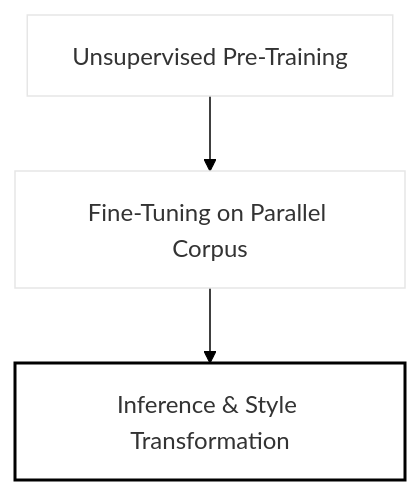
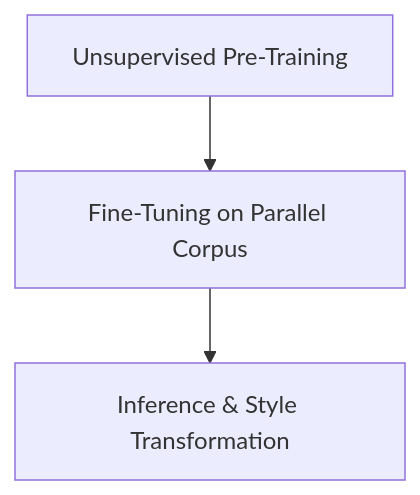
Before and after one commit to phoeurnkimhor/khmer-style-transfer: the second of 2 diagrams in README.md, drawn with Mermaid. The commit also changed other lines of this file, not shown here.

Commit message:
allow flowchart to adapt to appearance mode

````diff
--- a/README.md
+++ b/README.md
@@ -81,7 +89,12 @@
 ```mermaid
-%%{init: {'theme': 'base', 'themeVariables': { 'primaryColor': '#ffffff', 'fontFamily': 'Inter', 'lineColor': '#000000', 'textColor': '#000000'}}}%%
+%%{init: {'theme': 'base', 'themeVariables': { 
+    'primaryColor': '#f0f0f0', 
+    'primaryBorderColor': '#000000', 
+    'lineColor': '#1f77b4',   %% arrows in blue
+    'textColor': '#000000',
+    'edgeLabelBackground':'#f0f0f0'
+}}}%%
 graph TD
     A[Unsupervised Pre-Training] --> B[Fine-Tuning on Parallel Corpus]
     B --> C[Inference & Style Transformation]
-    style C fill:#ffffff,stroke:#000000,stroke-width:2px
 ```
````
